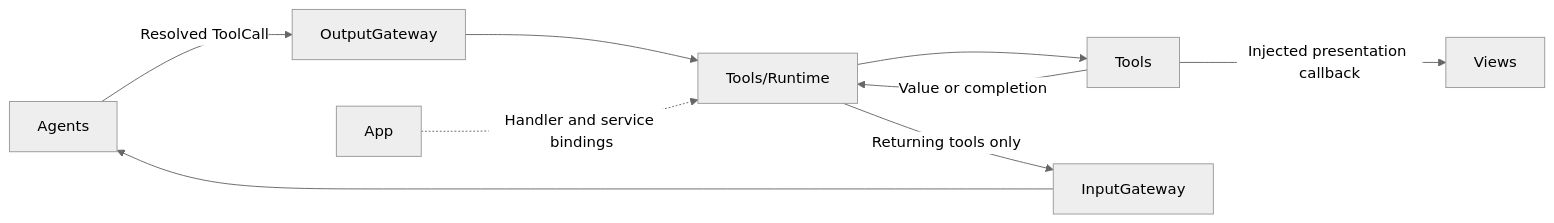
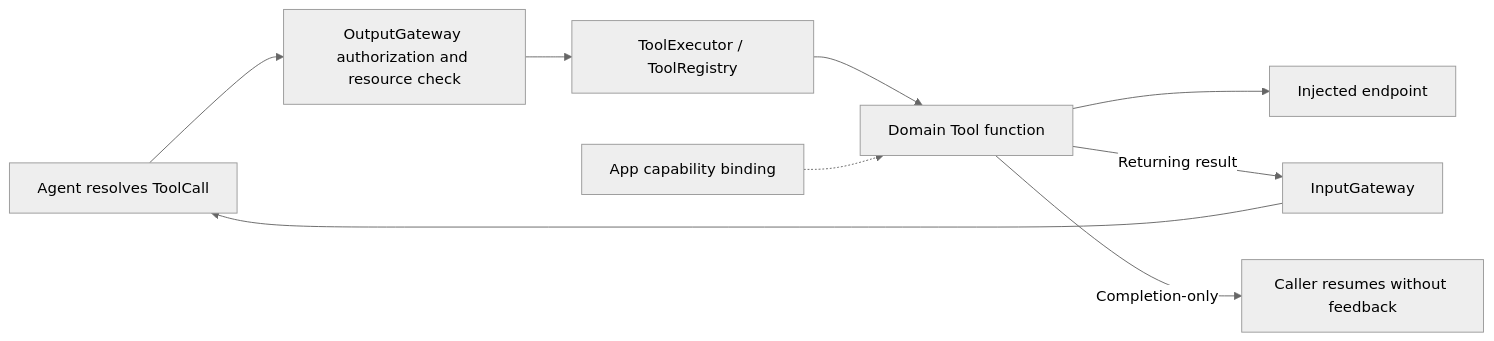
Before and after one commit to devilyouwei/MobileHarness: the diagram in MobileHarness/Tools/README.md, drawn with Mermaid (neutral theme). The commit also changed other lines of this file and 120 other files, not shown here.

````diff
--- a/MobileHarness/Tools/README.md
+++ b/MobileHarness/Tools/README.md
@@ -23,11 +15,11 @@
 ```mermaid
 flowchart LR
-    Agents -->|Resolved ToolCall| Gateway[OutputGateway]
-    Gateway --> Runtime[Tools/Runtime]
-    App -.->|Handler and service bindings| Runtime
-    Runtime --> Tools
-    Tools -->|Injected presentation callback| Views
-    Tools -->|Value or completion| Runtime
-    Runtime -->|Returning tools only| Input[InputGateway]
-    Input --> Agents
+    Agent[Agent resolves ToolCall] --> Gateway[OutputGateway authorization and resource check]
+    Gateway --> Runtime[ToolExecutor / ToolRegistry]
+    Runtime --> Entry[Domain Tool function]
+    Host[App capability binding] -.-> Entry
+    Entry --> Effect[Injected endpoint]
+    Entry -->|Returning result| Input[InputGateway]
+    Entry -->|Completion-only| Done[Caller resumes without feedback]
+    Input --> Agent
 ```
````
